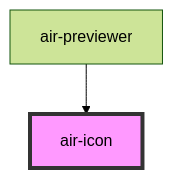
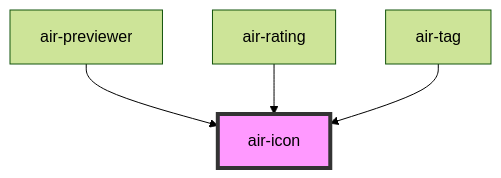
The diagram in src/components/icon/readme.md (openwebstudio/AirUI), drawn with Mermaid (forest theme) before and after one commit. The commit also changed other lines of this file and 27 other files, not shown here.

First line of the commit message:
feat:add previwer and fix button  fix previewer add tag ratingStar and chat and fix some bugs for button and input (#23)

````diff
--- a/src/components/icon/readme.md
+++ b/src/components/icon/readme.md
@@ -25,5 +27,7 @@
 ```mermaid
 graph TD;
   air-previewer --> air-icon
+  air-rating --> air-icon
+  air-tag --> air-icon
   style air-icon fill:#f9f,stroke:#333,stroke-width:4px
 ```
````
